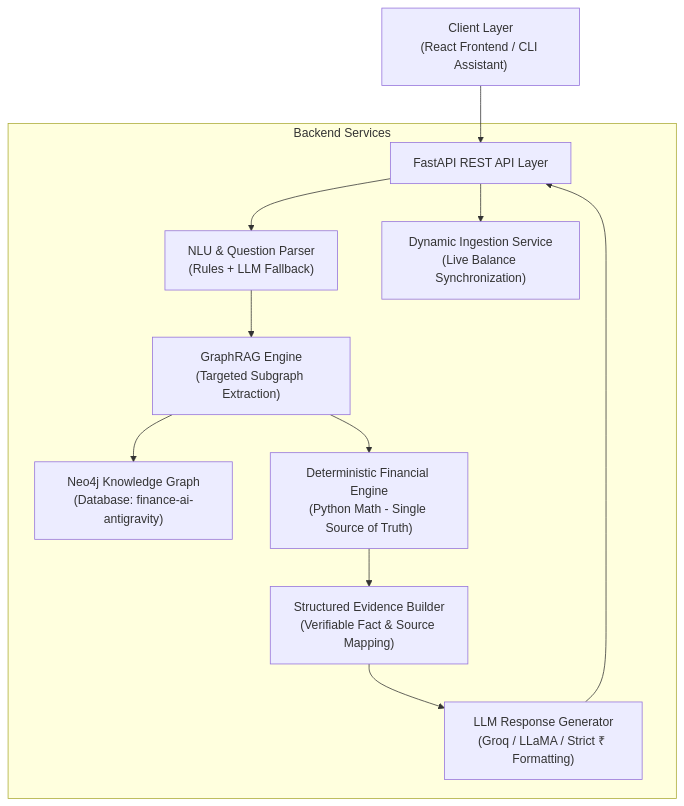
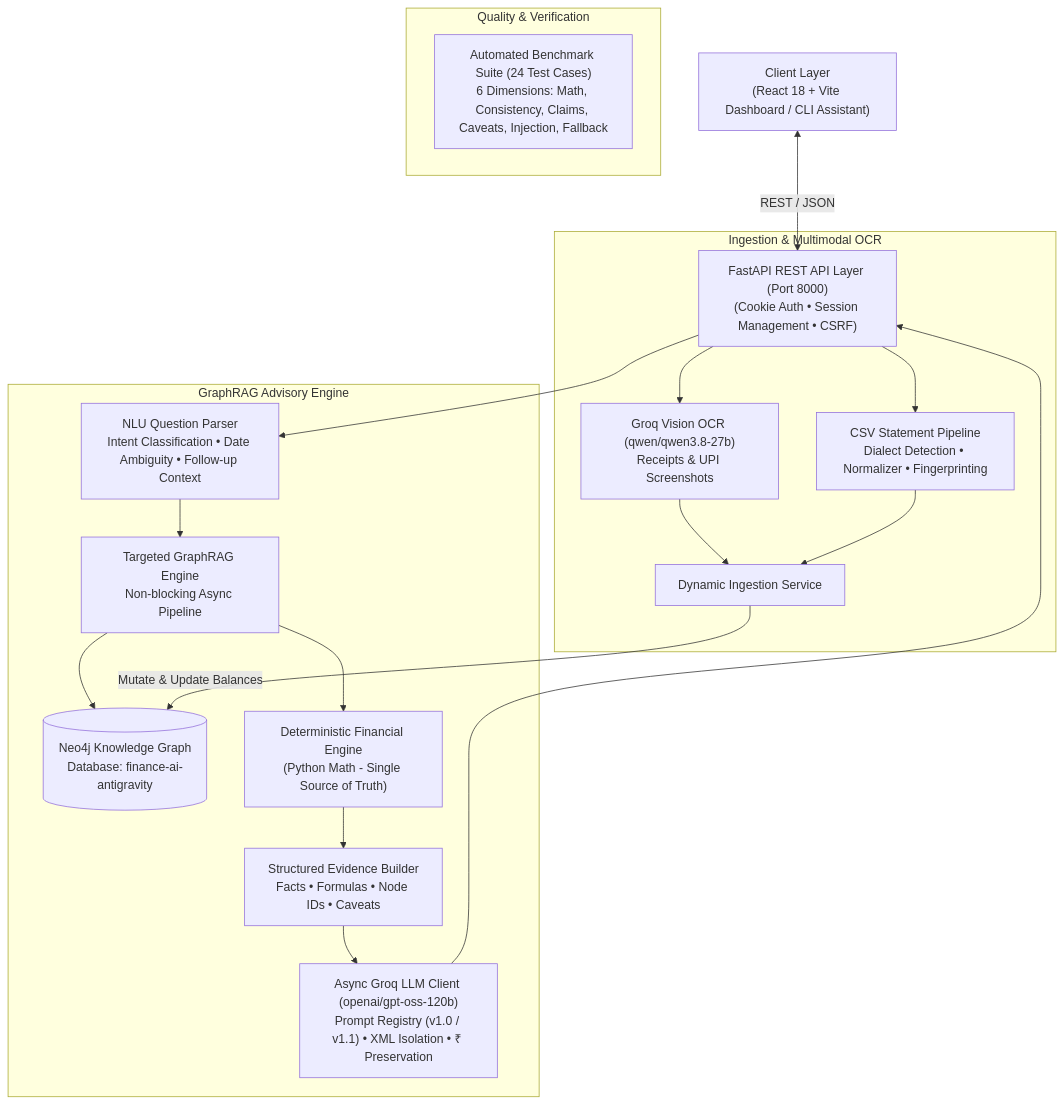
The diagram in docs/ARCHITECTURE.md (HariomGupta0/Personal_Finance_AI_v1), drawn with Mermaid before and after one commit. The commit also changed other lines of this file and 5 other files, not shown here.

````diff
--- a/docs/ARCHITECTURE.md
+++ b/docs/ARCHITECTURE.md
@@ -5,16 +6,31 @@
 ```mermaid
 graph TD
-    Client["Client Layer<br/>(React Frontend / CLI Assistant)"] --> API["FastAPI REST API Layer"]
+    Client["Client Layer<br/>(React 18 + Vite Dashboard / CLI Assistant)"]
+    API["FastAPI REST API Layer (Port 8000)<br/>(Cookie Auth • Session Management • CSRF)"]
     
-    subgraph Backend Services
-        API --> NLU["NLU & Question Parser<br/>(Rules + LLM Fallback)"]
-        API --> Ingestion["Dynamic Ingestion Service<br/>(Live Balance Synchronization)"]
-        NLU --> GraphRAG["GraphRAG Engine<br/>(Targeted Subgraph Extraction)"]
-        GraphRAG --> Neo4j["Neo4j Knowledge Graph<br/>(Database: finance-ai-antigravity)"]
+    Client <-->|REST / JSON| API
+
+    subgraph Ingestion & Multimodal OCR
+        API --> Vision["Groq Vision OCR (qwen/qwen3.8-27b)<br/>Receipts & UPI Screenshots"]
+        API --> CSV["CSV Statement Pipeline<br/>Dialect Detection • Normalizer • Fingerprinting"]
+        Vision --> IngestionSvc["Dynamic Ingestion Service"]
+        CSV --> IngestionSvc
+    end
+
+    subgraph GraphRAG Advisory Engine
+        API --> NLU["NLU Question Parser<br/>Intent Classification • Date Ambiguity • Follow-up Context"]
+        NLU --> GraphRAG["Targeted GraphRAG Engine<br/>Non-blocking Async Pipeline"]
+        GraphRAG --> Neo4j[("Neo4j Knowledge Graph<br/>Database: finance-ai-antigravity")]
+        IngestionSvc -->|Mutate & Update Balances| Neo4j
+        
         GraphRAG --> Engine["Deterministic Financial Engine<br/>(Python Math - Single Source of Truth)"]
-        Engine --> Evidence["Structured Evidence Builder<br/>(Verifiable Fact & Source Mapping)"]
-        Evidence --> LLM["LLM Response Generator<br/>(Groq / LLaMA / Strict ₹ Formatting)"]
+        Engine --> Evidence["Structured Evidence Builder<br/>Facts • Formulas • Node IDs • Caveats"]
+        Evidence --> LLM["Async Groq LLM Client (openai/gpt-oss-120b)<br/>Prompt Registry (v1.0 / v1.1) • XML Isolation • ₹ Preservation"]
     end
-    
+
+    subgraph Quality & Verification
+        Eval["Automated Benchmark Suite (24 Test Cases)<br/>6 Dimensions: Math, Consistency, Claims, Caveats, Injection, Fallback"]
+    end
+
     LLM --> API
 ```
````
